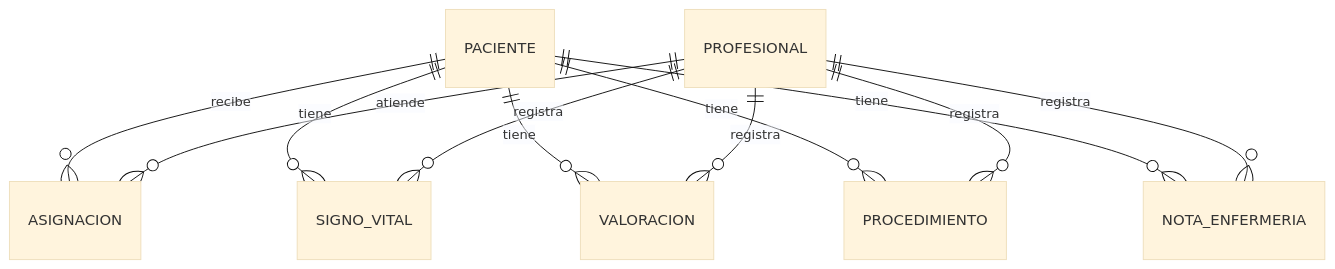
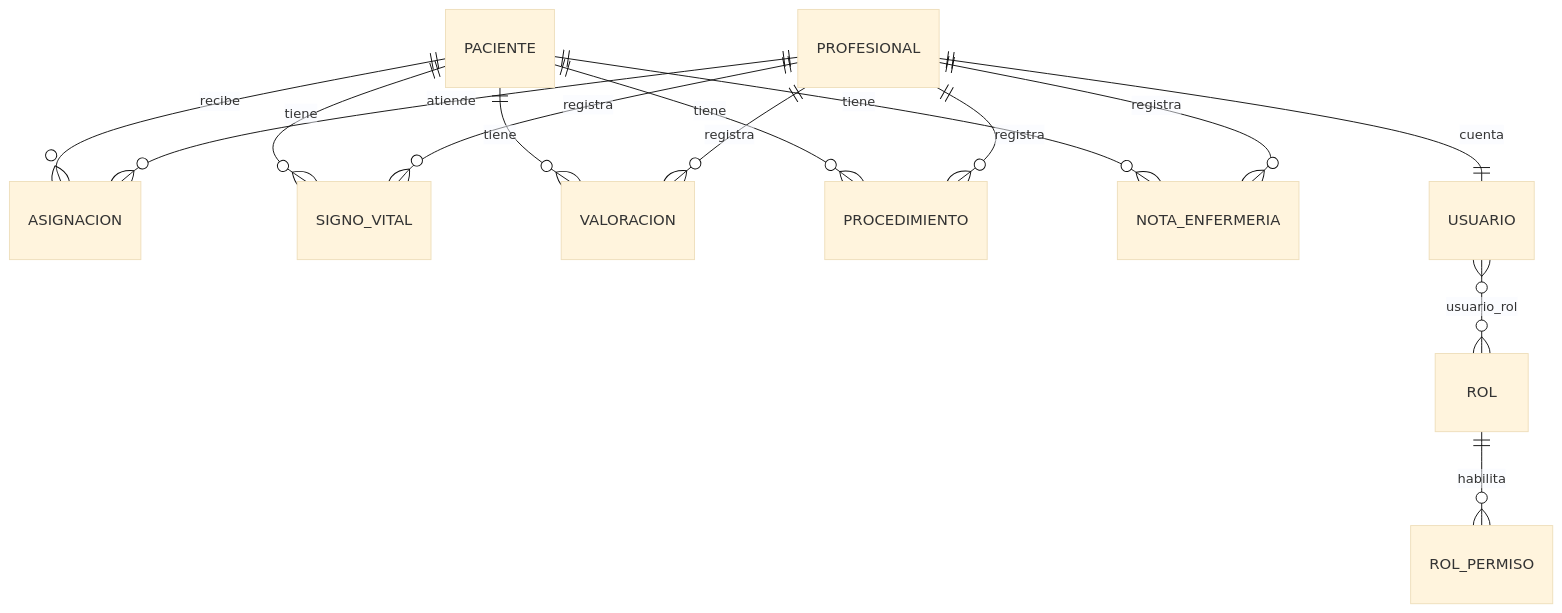
One commit to kiaraalburqueque-stack/Clinica changed the diagram in database/README.md. Above: the diagram before and after it, drawn with Mermaid (base theme). The commit also changed other lines of this file and 63 other files, not shown here.

````diff
--- a/database/README.md
+++ b/database/README.md
@@ -5,13 +5,16 @@
 ```mermaid
 erDiagram
     PACIENTE ||--o{ ASIGNACION : recibe
     PROFESIONAL ||--o{ ASIGNACION : atiende
     PACIENTE ||--o{ SIGNO_VITAL : tiene
     PROFESIONAL ||--o{ SIGNO_VITAL : registra
     PACIENTE ||--o{ VALORACION : tiene
     PROFESIONAL ||--o{ VALORACION : registra
     PACIENTE ||--o{ PROCEDIMIENTO : tiene
     PROFESIONAL ||--o{ PROCEDIMIENTO : registra
     PACIENTE ||--o{ NOTA_ENFERMERIA : tiene
     PROFESIONAL ||--o{ NOTA_ENFERMERIA : registra
+    PROFESIONAL ||--|| USUARIO : cuenta
+    USUARIO }o--o{ ROL : usuario_rol
+    ROL ||--o{ ROL_PERMISO : habilita
 ```
````
